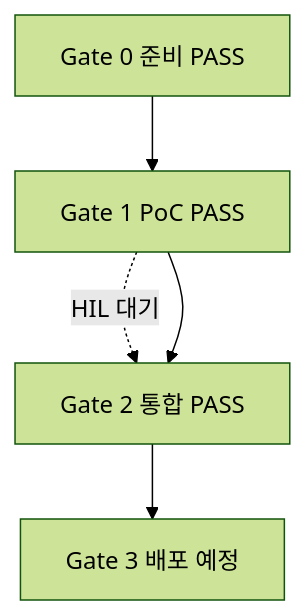
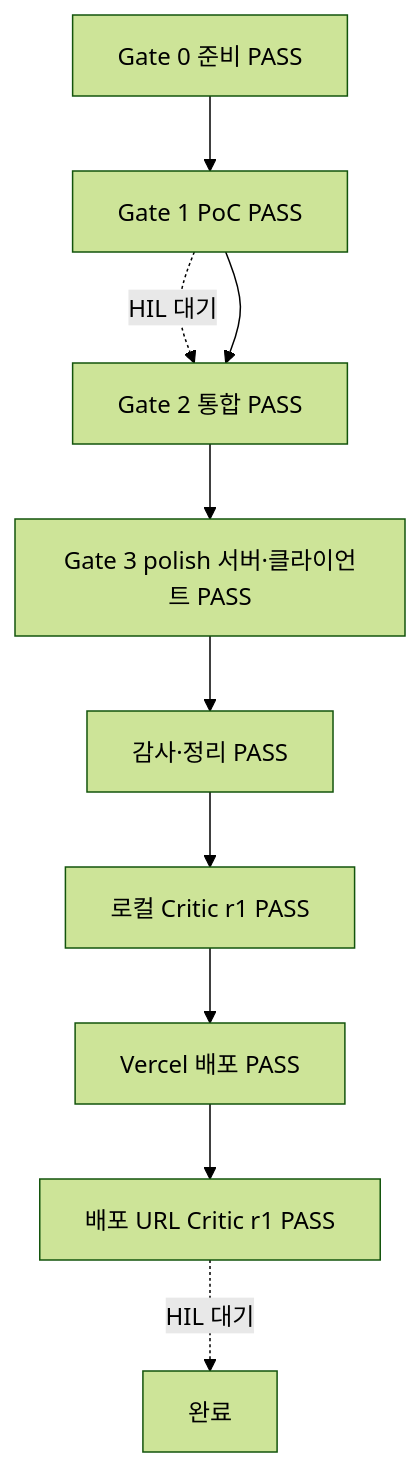
The second of 4 diagrams in docs/dev-v1/workflow.md (mojomoth/mindme), drawn with Mermaid (forest theme) before and after one commit. The commit also changed other lines of this file and 188 other files, not shown here.

````diff
--- a/docs/dev-v1/workflow.md
+++ b/docs/dev-v1/workflow.md
@@ -20,7 +20,12 @@
 ```mermaid
 flowchart TD
   G0[Gate 0 준비 PASS] --> G1[Gate 1 PoC PASS]
   G1 -. HIL 대기 .-> G2
   G1 --> G2[Gate 2 통합 PASS]
-  G2 --> G3[Gate 3 배포 예정]
+  G2 --> G3P[Gate 3 polish 서버·클라이언트 PASS]
+  G3P --> G3A[감사·정리 PASS]
+  G3A --> G3L[로컬 Critic r1 PASS]
+  G3L --> G3D[Vercel 배포 PASS]
+  G3D --> G3R[배포 URL Critic r1 PASS]
+  G3R -. HIL 대기 .-> END[완료]
 ```
````
